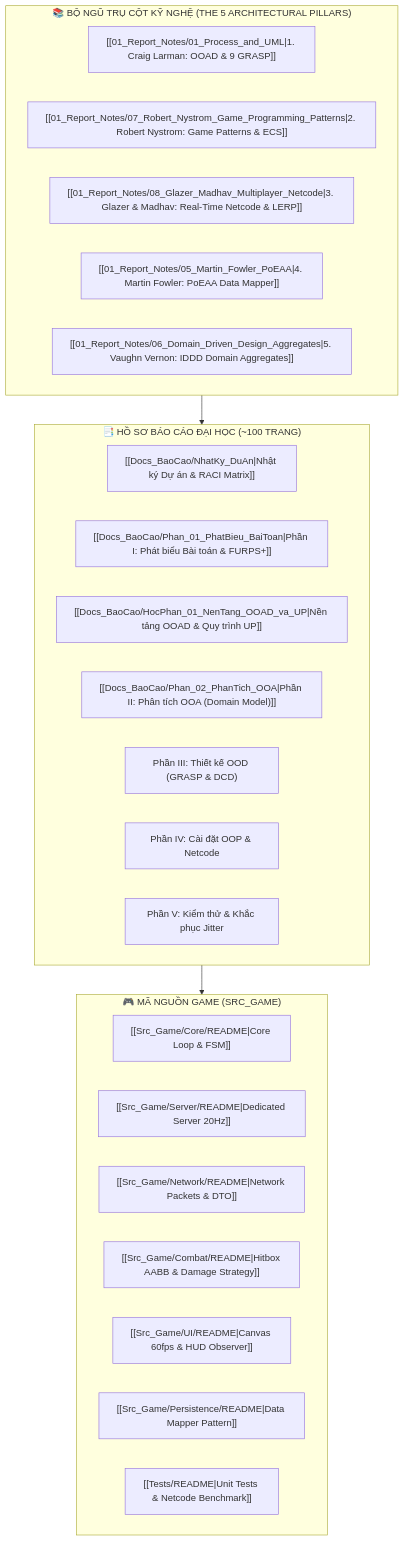
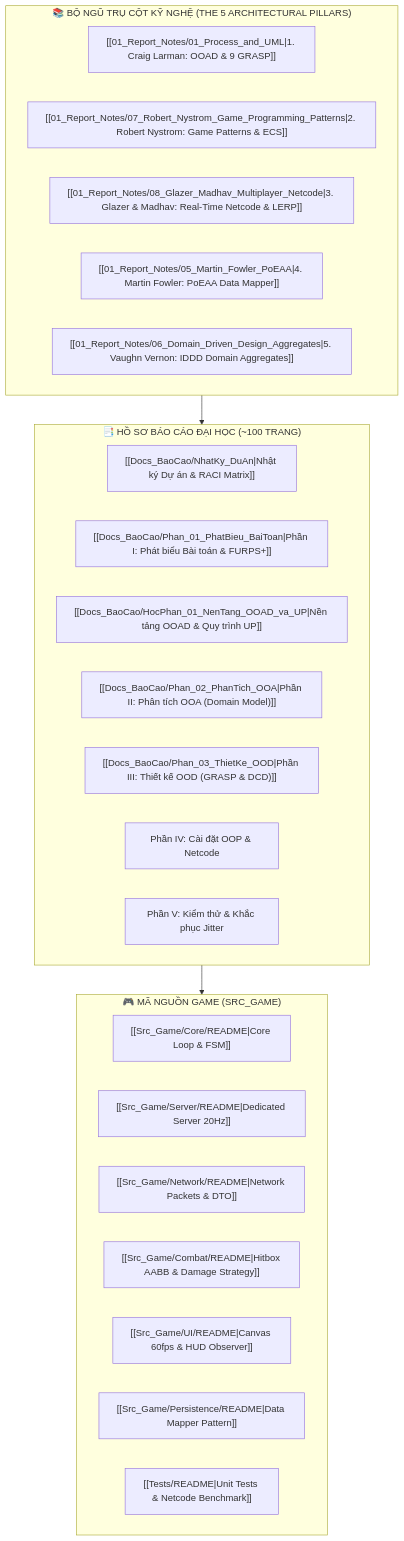
One commit to Tran1209/UML-Patterns-Mastery changed the diagram in DASHBOARD.md. Above: the diagram before and after it, drawn with Mermaid. The commit also changed other lines of this file and 2 other files, not shown here.

Commit message:
feat(report): complete Chapter 3 Object-Oriented Design (OOD) with 9 GRASP, 5 GoF patterns, DSD, DCD and Component/Deployment diagrams

````diff
--- a/DASHBOARD.md
+++ b/DASHBOARD.md
@@ -29,33 +29,33 @@
 ```mermaid
 flowchart TD
     subgraph KB["📚 BỘ NGŨ TRỤ CỘT KỸ NGHỆ (THE 5 ARCHITECTURAL PILLARS)"]
         K1["[[01_Report_Notes/01_Process_and_UML|1. Craig Larman: OOAD & 9 GRASP]]"]
         K2["[[01_Report_Notes/07_Robert_Nystrom_Game_Programming_Patterns|2. Robert Nystrom: Game Patterns & ECS]]"]
         K3["[[01_Report_Notes/08_Glazer_Madhav_Multiplayer_Netcode|3. Glazer & Madhav: Real-Time Netcode & LERP]]"]
         K4["[[01_Report_Notes/05_Martin_Fowler_PoEAA|4. Martin Fowler: PoEAA Data Mapper]]"]
         K5["[[01_Report_Notes/06_Domain_Driven_Design_Aggregates|5. Vaughn Vernon: IDDD Domain Aggregates]]"]
     end
 
     subgraph REPORT["📑 HỒ SƠ BÁO CÁO ĐẠI HỌC (~100 TRANG)"]
         R0["[[Docs_BaoCao/NhatKy_DuAn|Nhật ký Dự án & RACI Matrix]]"]
         R1["[[Docs_BaoCao/Phan_01_PhatBieu_BaiToan|Phần I: Phát biểu Bài toán & FURPS+]]"]
         R2["[[Docs_BaoCao/HocPhan_01_NenTang_OOAD_va_UP|Nền tảng OOAD & Quy trình UP]]"]
         R3["[[Docs_BaoCao/Phan_02_PhanTich_OOA|Phần II: Phân tích OOA (Domain Model)]]"]
-        R4["Phần III: Thiết kế OOD (GRASP & DCD)"]
+        R4["[[Docs_BaoCao/Phan_03_ThietKe_OOD|Phần III: Thiết kế OOD (GRASP & DCD)]]"]
         R5["Phần IV: Cài đặt OOP & Netcode"]
         R6["Phần V: Kiểm thử & Khắc phục Jitter"]
     end
 
     subgraph CODE["🎮 MÃ NGUỒN GAME (SRC_GAME)"]
         C1["[[Src_Game/Core/README|Core Loop & FSM]]"]
         C2["[[Src_Game/Server/README|Dedicated Server 20Hz]]"]
         C3["[[Src_Game/Network/README|Network Packets & DTO]]"]
         C4["[[Src_Game/Combat/README|Hitbox AABB & Damage Strategy]]"]
         C5["[[Src_Game/UI/README|Canvas 60fps & HUD Observer]]"]
         C6["[[Src_Game/Persistence/README|Data Mapper Pattern]]"]
         C7["[[Tests/README|Unit Tests & Netcode Benchmark]]"]
     end
 
     KB --> REPORT
     REPORT --> CODE
 ```
````
